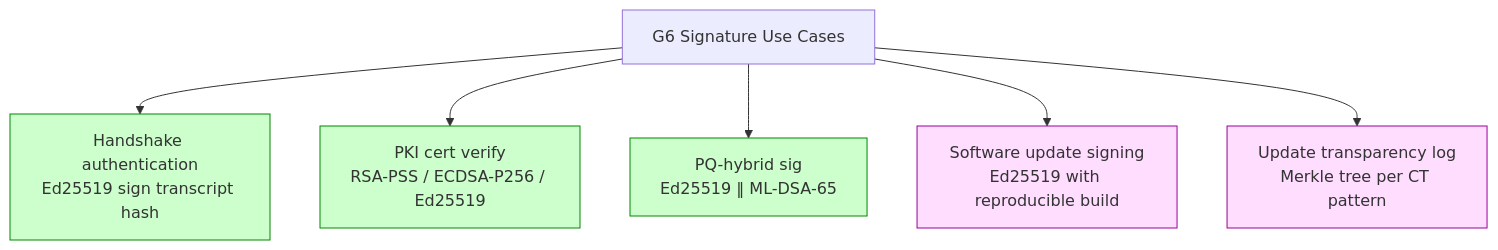
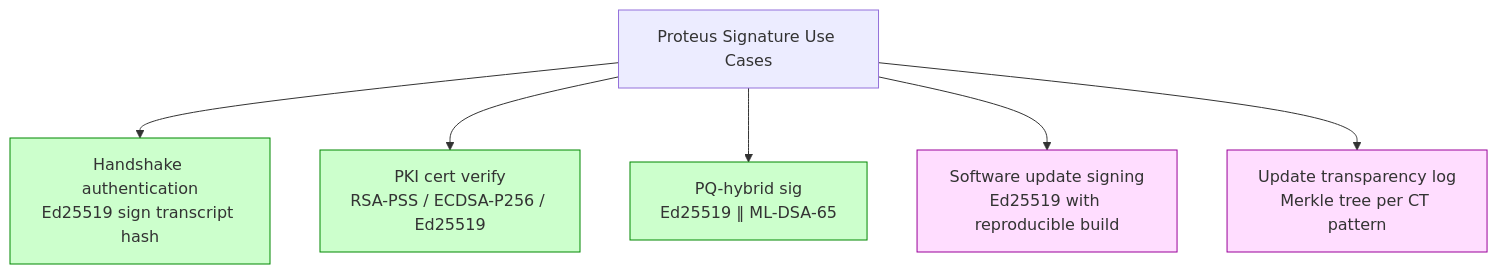
Before and after one commit to Icarus603/network-from-scratch: the second of 3 diagrams in lessons/part-3-cryptography/3.7-digital-signatures.md, drawn with Mermaid. The commit also changed other lines of this file and 300 other files, not shown here.

````diff
--- a/lessons/part-3-cryptography/3.7-digital-signatures.md
+++ b/lessons/part-3-cryptography/3.7-digital-signatures.md
@@ -237,12 +237,12 @@
 ```mermaid
 flowchart TD
-    G6Sig[G6 Signature Use Cases]
-    G6Sig --> HSAuth[Handshake authentication<br/>Ed25519 sign transcript hash]:::main
-    G6Sig --> CertVerify[PKI cert verify<br/>RSA-PSS / ECDSA-P256 / Ed25519]:::main
-    G6Sig --> PQHybrid[PQ-hybrid sig<br/>Ed25519 ‖ ML-DSA-65]:::main
-    G6Sig --> SoftwareUpdate[Software update signing<br/>Ed25519 with reproducible build]:::aux
-    G6Sig --> Transparency[Update transparency log<br/>Merkle tree per CT pattern]:::aux
+    ProteusSig[Proteus Signature Use Cases]
+    ProteusSig --> HSAuth[Handshake authentication<br/>Ed25519 sign transcript hash]:::main
+    ProteusSig --> CertVerify[PKI cert verify<br/>RSA-PSS / ECDSA-P256 / Ed25519]:::main
+    ProteusSig --> PQHybrid[PQ-hybrid sig<br/>Ed25519 ‖ ML-DSA-65]:::main
+    ProteusSig --> SoftwareUpdate[Software update signing<br/>Ed25519 with reproducible build]:::aux
+    ProteusSig --> Transparency[Update transparency log<br/>Merkle tree per CT pattern]:::aux
 
     classDef main fill:#cfc,stroke:#080
     classDef aux fill:#fdf,stroke:#909
 ```
````
